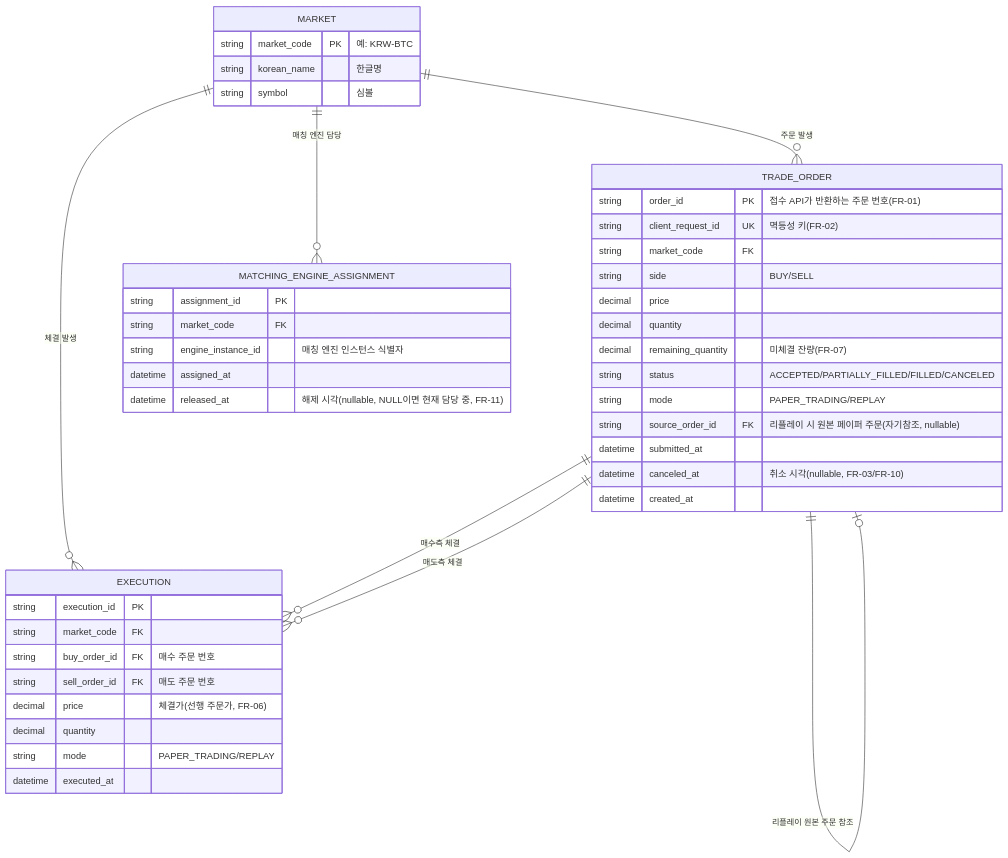
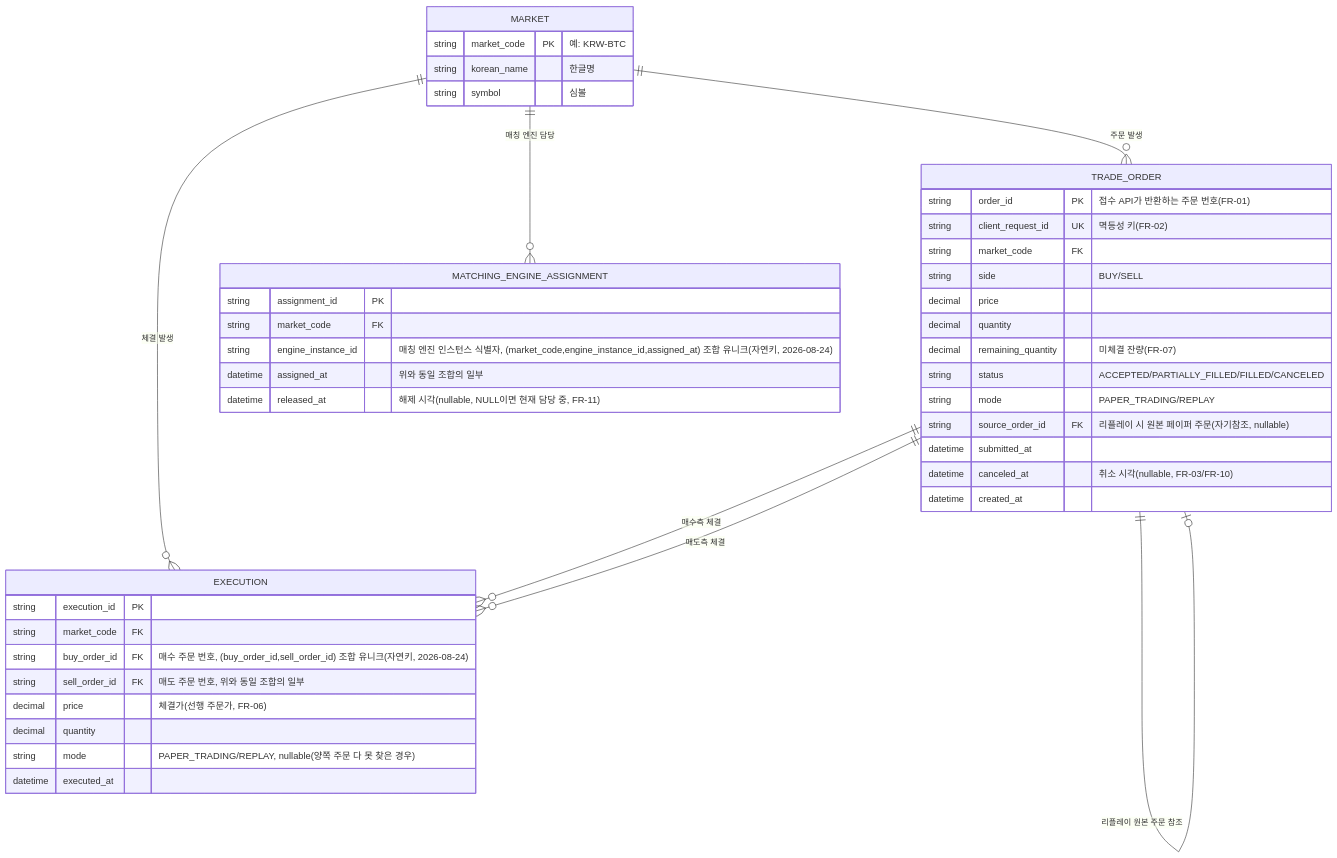
One commit to team-nohynix/Project-final-1team changed the diagram in docs/erd.md. Above: the diagram before and after it, drawn with Mermaid. The commit also changed other lines of this file, not shown here.

Commit message:
docs: erd 문서 최신화

````diff
--- a/docs/erd.md
+++ b/docs/erd.md
@@ -35,51 +36,51 @@
 ```mermaid
 erDiagram
     MARKET ||--o{ TRADE_ORDER : "주문 발생"
     MARKET ||--o{ EXECUTION : "체결 발생"
     MARKET ||--o{ MATCHING_ENGINE_ASSIGNMENT : "매칭 엔진 담당"
 
     TRADE_ORDER ||--o{ EXECUTION : "매수측 체결"
     TRADE_ORDER ||--o{ EXECUTION : "매도측 체결"
     TRADE_ORDER ||--o| TRADE_ORDER : "리플레이 원본 주문 참조"
 
     MARKET {
         string market_code PK "예: KRW-BTC"
         string korean_name "한글명"
         string symbol "심볼"
     }
 
     TRADE_ORDER {
         string order_id PK "접수 API가 반환하는 주문 번호(FR-01)"
         string client_request_id UK "멱등성 키(FR-02)"
         string market_code FK
         string side "BUY/SELL"
         decimal price
         decimal quantity
         decimal remaining_quantity "미체결 잔량(FR-07)"
         string status "ACCEPTED/PARTIALLY_FILLED/FILLED/CANCELED"
         string mode "PAPER_TRADING/REPLAY"
         string source_order_id FK "리플레이 시 원본 페이퍼 주문(자기참조, nullable)"
         datetime submitted_at
         datetime canceled_at "취소 시각(nullable, FR-03/FR-10)"
         datetime created_at
     }
 
     EXECUTION {
         string execution_id PK
         string market_code FK
-        string buy_order_id FK "매수 주문 번호"
-        string sell_order_id FK "매도 주문 번호"
+        string buy_order_id FK "매수 주문 번호, (buy_order_id,sell_order_id) 조합 유니크(자연키, 2026-08-24)"
+        string sell_order_id FK "매도 주문 번호, 위와 동일 조합의 일부"
         decimal price "체결가(선행 주문가, FR-06)"
         decimal quantity
-        string mode "PAPER_TRADING/REPLAY"
+        string mode "PAPER_TRADING/REPLAY, nullable(양쪽 주문 다 못 찾은 경우)"
         datetime executed_at
     }
 
     MATCHING_ENGINE_ASSIGNMENT {
         string assignment_id PK
         string market_code FK
-        string engine_instance_id "매칭 엔진 인스턴스 식별자"
-        datetime assigned_at
+        string engine_instance_id "매칭 엔진 인스턴스 식별자, (market_code,engine_instance_id,assigned_at) 조합 유니크(자연키, 2026-08-24)"
+        datetime assigned_at "위와 동일 조합의 일부"
         datetime released_at "해제 시각(nullable, NULL이면 현재 담당 중, FR-11)"
     }
 ```
````
